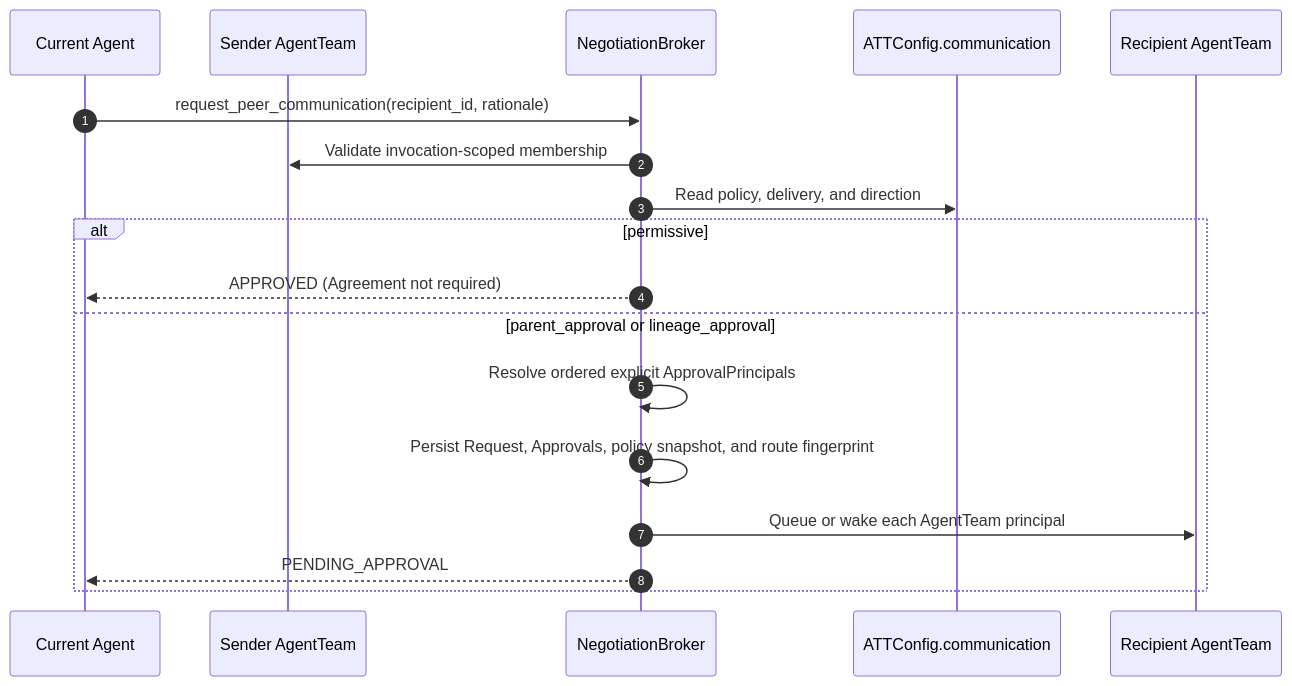
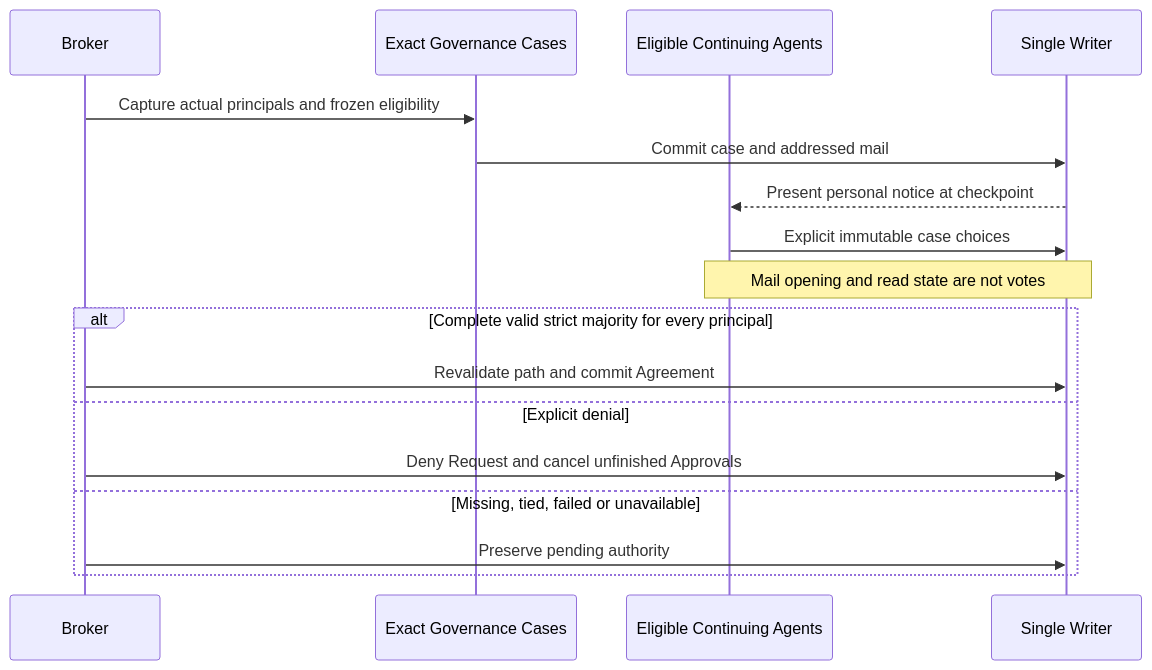
Before and after one commit to AI-Team-Team/AI-Team-Team: the second of 3 diagrams in docs/flowcharts/Lineage_Tree_Mutations.md, drawn with Mermaid. The commit also changed other lines of this file and 310 other files, not shown here.

````diff
--- a/docs/flowcharts/Lineage_Tree_Mutations.md
+++ b/docs/flowcharts/Lineage_Tree_Mutations.md
@@ -56,21 +51,19 @@
 ```mermaid
 sequenceDiagram
-    autonumber
-    participant Agent as Current Agent
-    participant Sender as Sender AgentTeam
-    participant Broker as NegotiationBroker
-    participant Config as ATTConfig.communication
-    participant Recipient as Recipient AgentTeam
-
-    Agent->>Broker: request_peer_communication(recipient_id, rationale)
-    Broker->>Sender: Validate invocation-scoped membership
-    Broker->>Config: Read policy, delivery, and direction
-    alt permissive
-        Broker-->>Agent: APPROVED (Agreement not required)
-    else parent_approval or lineage_approval
-        Broker->>Broker: Resolve ordered explicit ApprovalPrincipals
-        Broker->>Broker: Persist Request, Approvals, policy snapshot, and route fingerprint
-        Broker->>Recipient: Queue or wake each AgentTeam principal
-        Broker-->>Agent: PENDING_APPROVAL
+    participant Broker
+    participant Cases as Exact Governance Cases
+    participant People as Eligible Continuing Agents
+    participant Writer as Single Writer
+    Broker->>Cases: Capture actual principals and frozen eligibility
+    Cases->>Writer: Commit case and addressed mail
+    Writer-->>People: Present personal notice at checkpoint
+    People->>Writer: Explicit immutable case choices
+    Note over People,Writer: Mail opening and read state are not votes
+    alt Complete valid strict majority for every principal
+        Broker->>Writer: Revalidate path and commit Agreement
+    else Explicit denial
+        Broker->>Writer: Deny Request and cancel unfinished Approvals
+    else Missing, tied, failed or unavailable
+        Broker->>Writer: Preserve pending authority
     end
 ```
````
